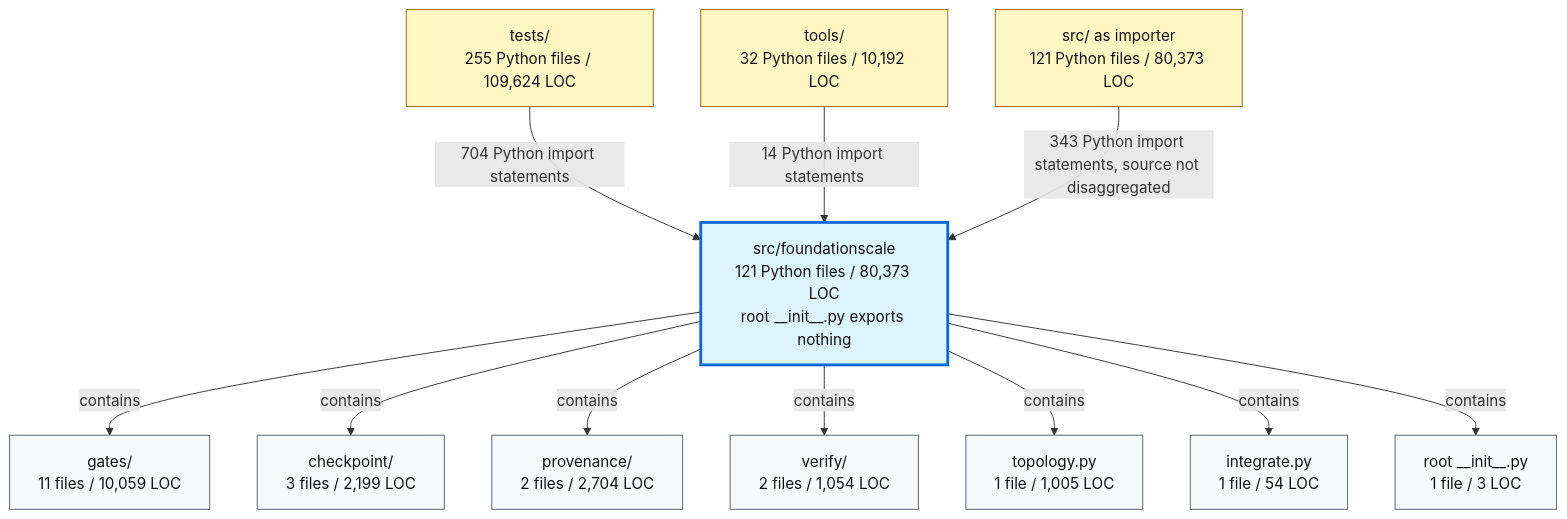
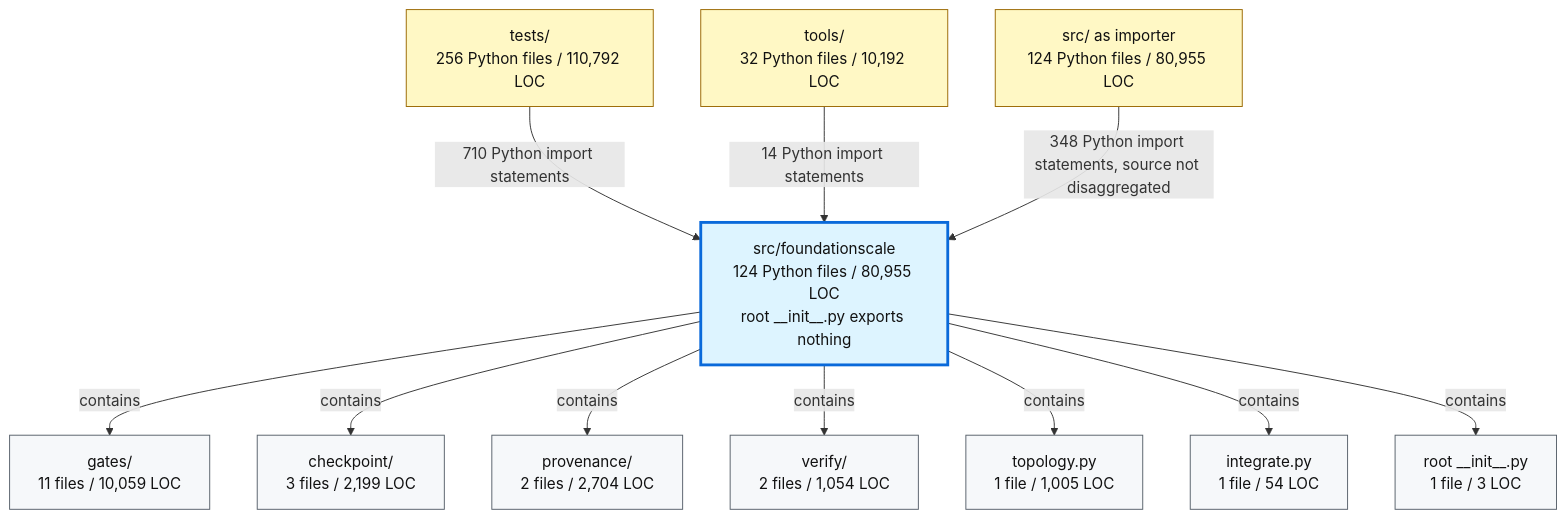
One commit to TranNhiem/FoundationScale changed the second of 2 diagrams in docs/review/D2_current_architecture.md. Above: the diagram before and after it, drawn with Mermaid. The commit also changed other lines of this file and 10 other files, not shown here.

````diff
--- a/docs/review/D2_current_architecture.md
+++ b/docs/review/D2_current_architecture.md
@@ -97,36 +97,36 @@
 ```mermaid
 flowchart TB
-  TESTS["tests/<br/>255 Python files / 109,624 LOC"]
+  TESTS["tests/<br/>256 Python files / 110,792 LOC"]
   TOOLS["tools/<br/>32 Python files / 10,192 LOC"]
-  SRC["src/ as importer<br/>121 Python files / 80,373 LOC"]
+  SRC["src/ as importer<br/>124 Python files / 80,955 LOC"]
 
-  FS["src/foundationscale<br/>121 Python files / 80,373 LOC<br/>root __init__.py exports nothing"]
+  FS["src/foundationscale<br/>124 Python files / 80,955 LOC<br/>root __init__.py exports nothing"]
 
   GATES["gates/<br/>11 files / 10,059 LOC"]
   CKPT["checkpoint/<br/>3 files / 2,199 LOC"]
   PROV["provenance/<br/>2 files / 2,704 LOC"]
   VERIFY["verify/<br/>2 files / 1,054 LOC"]
   TOPO["topology.py<br/>1 file / 1,005 LOC"]
   INTEG["integrate.py<br/>1 file / 54 LOC"]
   ROOT["root __init__.py<br/>1 file / 3 LOC"]
 
-  TESTS -->|"704 Python import statements"| FS
+  TESTS -->|"710 Python import statements"| FS
   TOOLS -->|"14 Python import statements"| FS
-  SRC -->|"343 Python import statements, source not disaggregated"| FS
+  SRC -->|"348 Python import statements, source not disaggregated"| FS
 
   FS -->|"contains"| GATES
   FS -->|"contains"| CKPT
   FS -->|"contains"| PROV
   FS -->|"contains"| VERIFY
   FS -->|"contains"| TOPO
   FS -->|"contains"| INTEG
   FS -->|"contains"| ROOT
 
   classDef consumer fill:#fff8c5,stroke:#9a6700,color:#111;
   classDef package fill:#ddf4ff,stroke:#0969da,stroke-width:3px,color:#111;
   classDef module fill:#f6f8fa,stroke:#57606a,color:#111;
 
   class TESTS,TOOLS,SRC consumer;
   class FS package;
   class GATES,CKPT,PROV,VERIFY,TOPO,INTEG,ROOT module;
 ```
````
